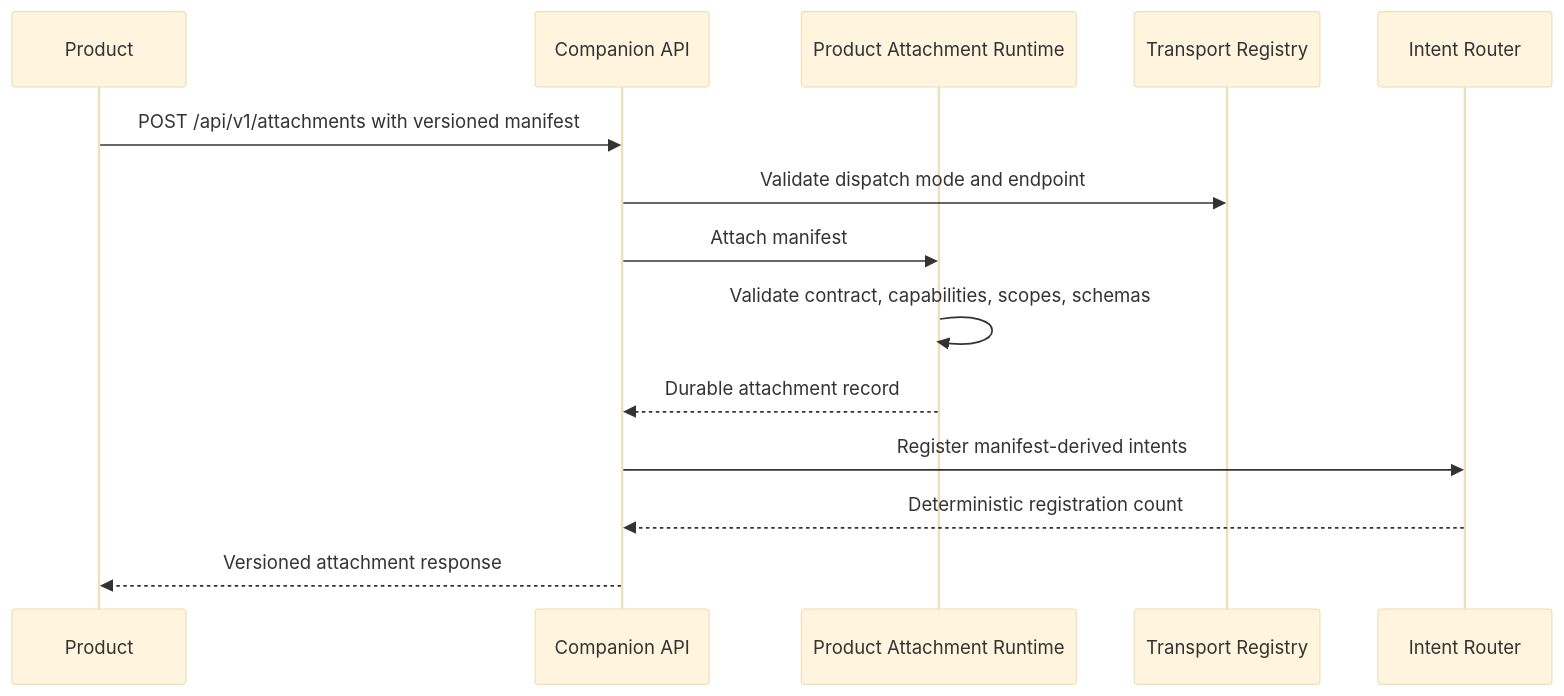
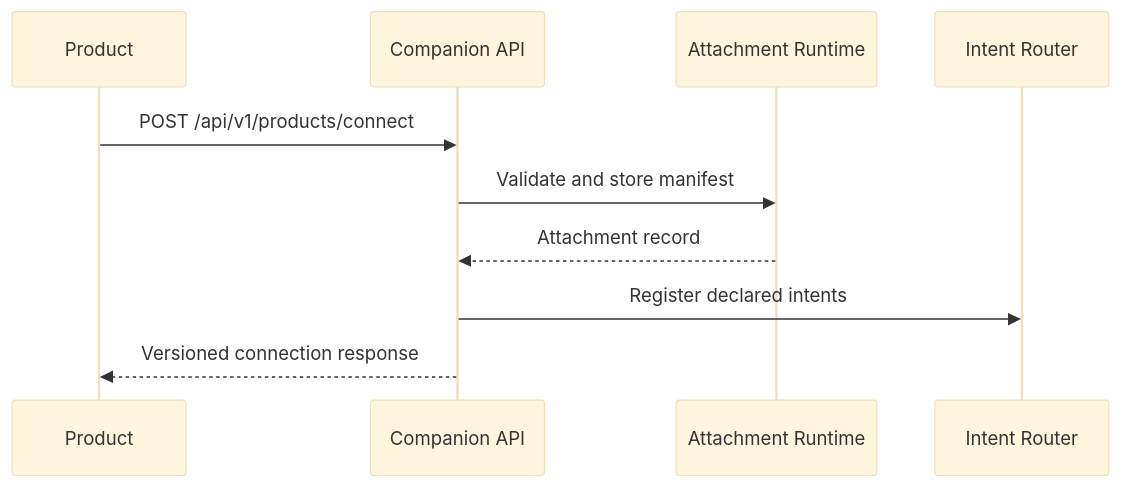
The second of 3 diagrams in docs/EXECUTION_FLOW.md (great1239/mitra-final-phase), drawn with Mermaid (base theme) before and after one commit. The commit also changed other lines of this file and 15 other files, not shown here.

````diff
--- a/docs/EXECUTION_FLOW.md
+++ b/docs/EXECUTION_FLOW.md
@@ -37,17 +27,13 @@
 ```mermaid
 sequenceDiagram
   participant P as Product
   participant API as Companion API
-  participant A as Product Attachment Runtime
-  participant T as Transport Registry
+  participant A as Attachment Runtime
   participant R as Intent Router
 
-  P->>API: POST /api/v1/attachments with versioned manifest
-  API->>T: Validate dispatch mode and endpoint
-  API->>A: Attach manifest
-  A->>A: Validate contract, capabilities, scopes, schemas
-  A-->>API: Durable attachment record
-  API->>R: Register manifest-derived intents
-  R-->>API: Deterministic registration count
-  API-->>P: Versioned attachment response
+  P->>API: POST /api/v1/products/connect
+  API->>A: Validate and store manifest
+  A-->>API: Attachment record
+  API->>R: Register declared intents
+  API-->>P: Versioned connection response
 ```
````
